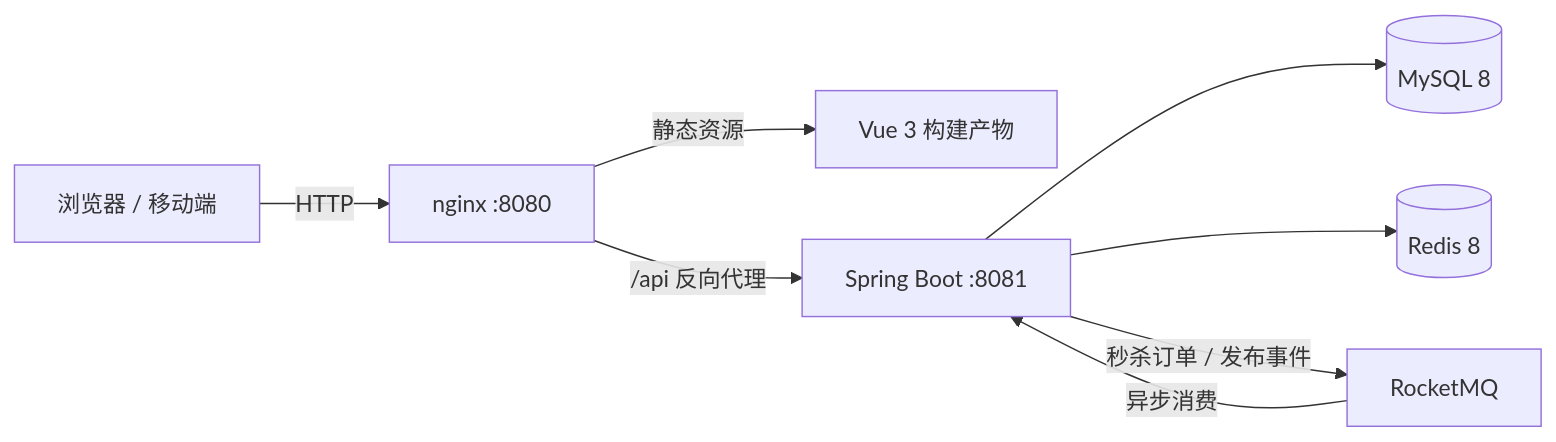
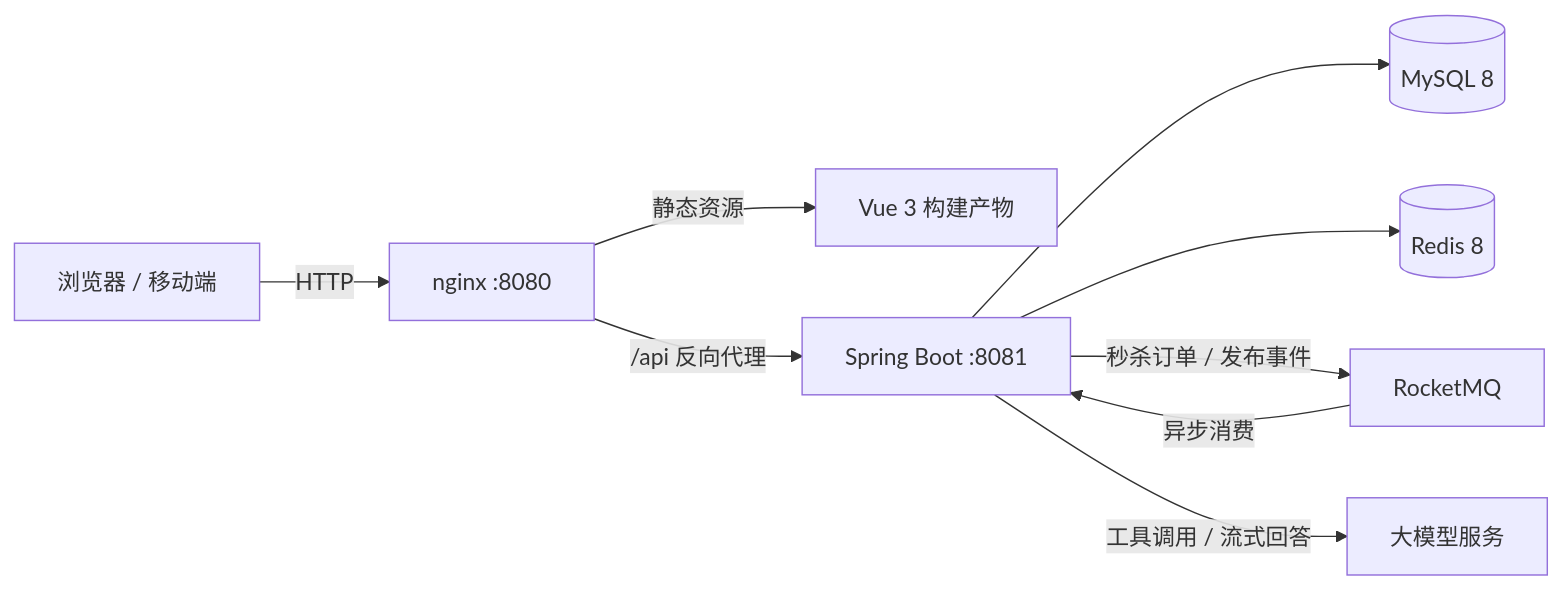
The diagram in README.md (Sifeisen777/shifu), drawn with Mermaid before and after one commit. The commit also changed other lines of this file and 7 other files, not shown here.

````diff
--- a/README.md
+++ b/README.md
@@ -45,10 +52,11 @@
 ```mermaid
 flowchart LR
     client["浏览器 / 移动端"] -->|HTTP| nginx["nginx :8080"]
     nginx -->|静态资源| spa["Vue 3 构建产物"]
     nginx -->|"/api 反向代理"| app["Spring Boot :8081"]
     app --> mysql[("MySQL 8")]
     app --> redis[("Redis 8")]
     app -->|"秒杀订单 / 发布事件"| mq["RocketMQ"]
     mq -->|"异步消费"| app
+    app -->|"工具调用 / 流式回答"| llm["大模型服务"]
 ```
````
